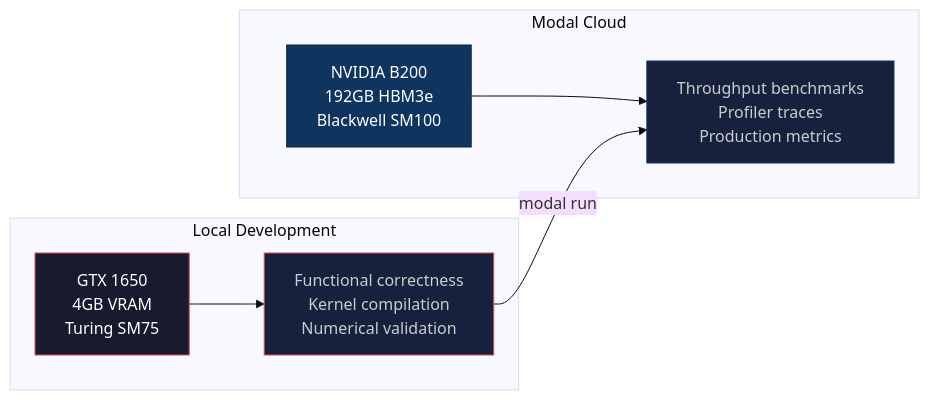
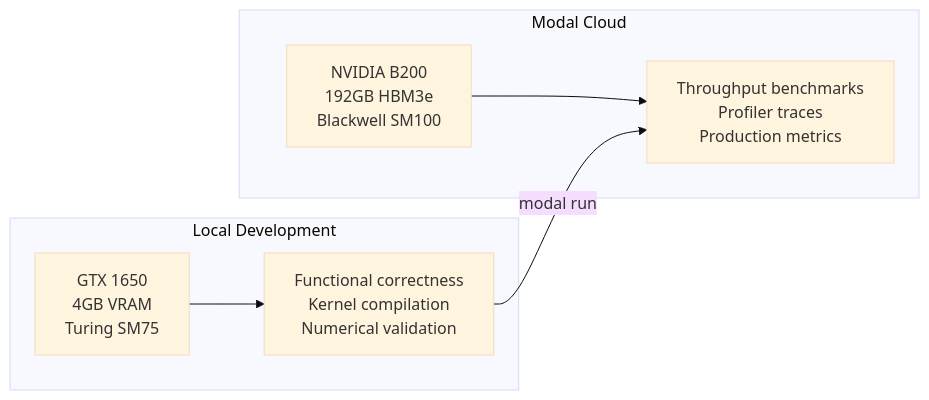
One commit to Darshan-Baslani/simple_portfolio changed the first of 5 diagrams in blogs/qwen_3.5.md. Above: the diagram before and after it, drawn with Mermaid (base theme). The commit also changed other lines of this file and 12 other files, not shown here.

Commit message:
fix: graph text not visible

````diff
--- a/blogs/qwen_3.5.md
+++ b/blogs/qwen_3.5.md
@@ -55,21 +55,16 @@
 ```mermaid
 graph LR
     subgraph Local["Local Development"]
         GPU1["GTX 1650<br/>4GB VRAM<br/>Turing SM75"]
         DEV["Functional correctness<br/>Kernel compilation<br/>Numerical validation"]
         GPU1 --> DEV
     end
 
     subgraph Cloud["Modal Cloud"]
         GPU2["NVIDIA B200<br/>192GB HBM3e<br/>Blackwell SM100"]
         PERF["Throughput benchmarks<br/>Profiler traces<br/>Production metrics"]
         GPU2 --> PERF
     end
 
     DEV -->|"modal run"| PERF
-
-    style GPU1 fill:#1a1a2e,stroke:#e94560,color:#fff
-    style GPU2 fill:#0f3460,stroke:#16213e,color:#fff
-    style DEV fill:#16213e,stroke:#e94560,color:#ccc
-    style PERF fill:#16213e,stroke:#0f3460,color:#ccc
 ```
````
